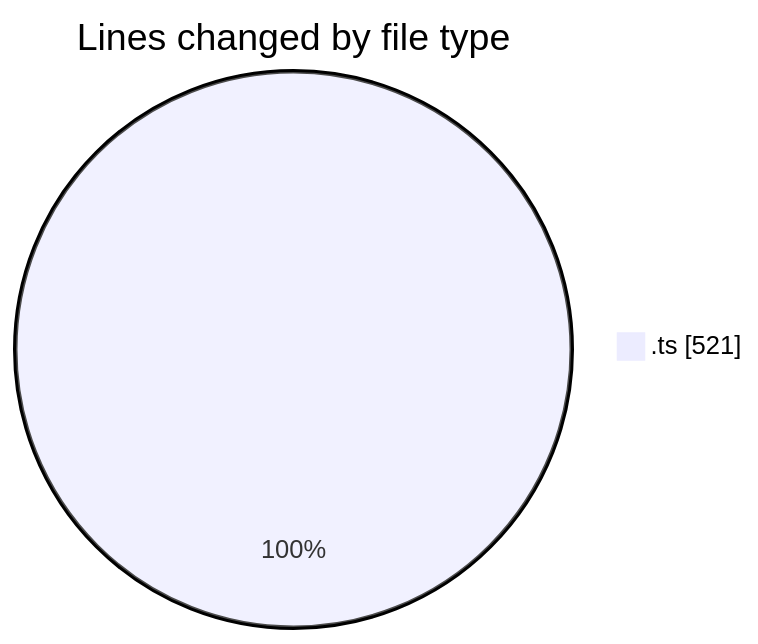
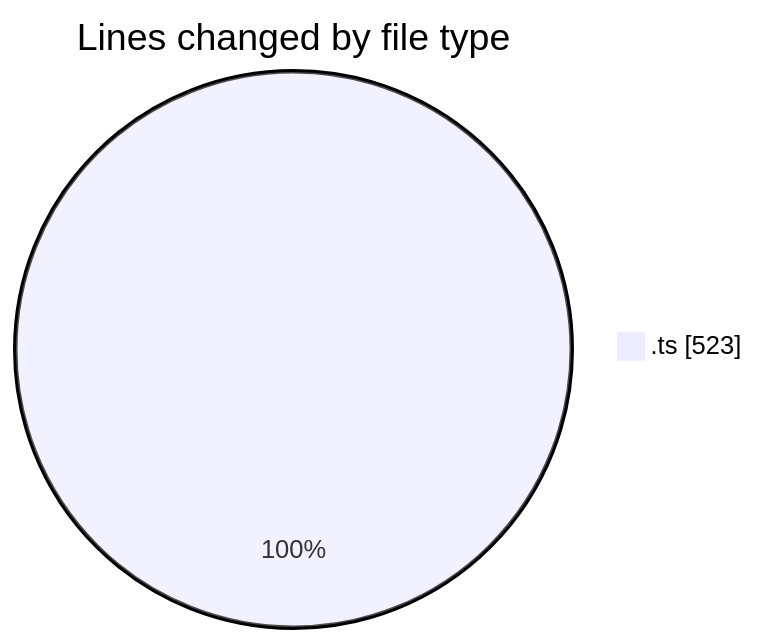
One commit to momahboobian/code-tracking changed the first of 2 diagrams in 2025-06-24/cda/README.md. Above: the diagram before and after it, drawn with Mermaid. The commit also changed other lines of this file and 1 other file, not shown here.

````diff
--- a/2025-06-24/cda/README.md
+++ b/2025-06-24/cda/README.md
@@ -20,5 +20,5 @@
 ```mermaid
 pie showData
 title Lines changed by file type
-".ts" : 521
+".ts" : 523
 ```
````
